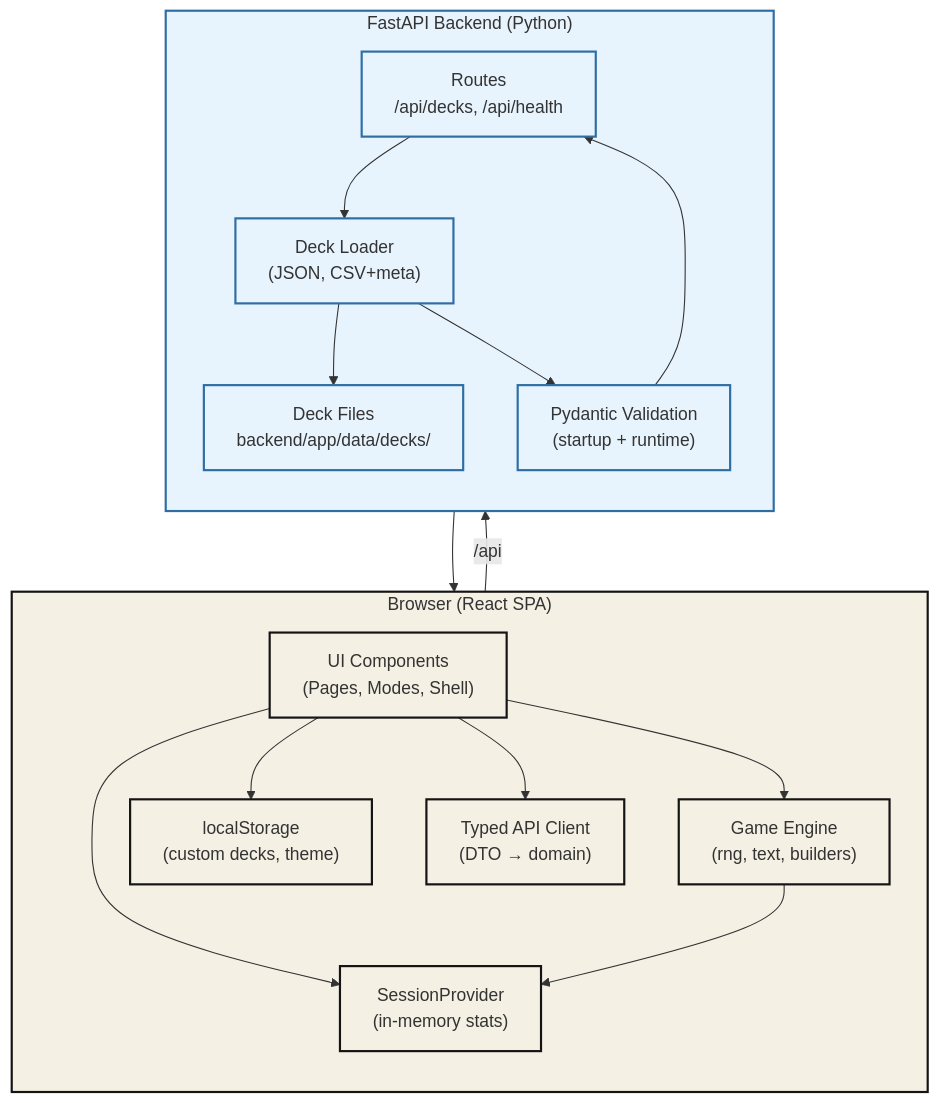
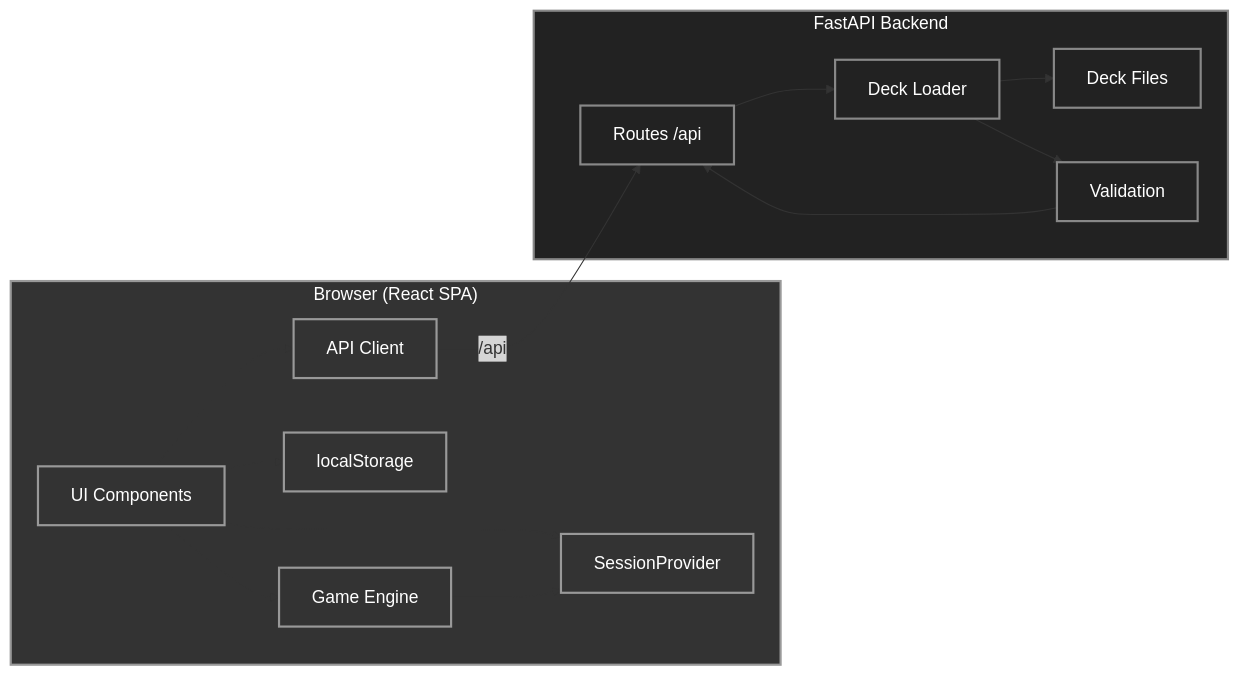
The first of 4 diagrams in README.md (PIYUSH-NEXTGEN/Vocab-Deck), drawn with Mermaid before and after one commit. The commit also changed other lines of this file, not shown here.

Commit message:
docs: shorten architecture diagrams, use dark theme colors

````diff
--- a/README.md
+++ b/README.md
@@ -66,36 +66,33 @@
 ```mermaid
-flowchart TB
+flowchart LR
     subgraph Browser["Browser (React SPA)"]
-        direction TB
-        UI["UI Components\n(Pages, Modes, Shell)"]
-        Engine["Game Engine\n(rng, text, builders)"]
-        Session["SessionProvider\n(in-memory stats)"]
-        Storage["localStorage\n(custom decks, theme)"]
-        APIClient["Typed API Client\n(DTO → domain)"]
+        UI["UI Components"]
+        Engine["Game Engine"]
+        Session["SessionProvider"]
+        Storage["localStorage"]
+        APIClient["API Client"]
     end
 
-    subgraph Backend["FastAPI Backend (Python)"]
-        direction TB
-        Routes["Routes\n/api/decks, /api/health"]
-        Loader["Deck Loader\n(JSON, CSV+meta)"]
-        Decks["Deck Files\nbackend/app/data/decks/"]
-        Validation["Pydantic Validation\n(startup + runtime)"]
+    subgraph Backend["FastAPI Backend"]
+        Routes["Routes /api"]
+        Loader["Deck Loader"]
+        Decks["Deck Files"]
+        Validation["Validation"]
     end
 
     UI --> Engine
     UI --> Session
     UI --> Storage
     UI --> APIClient
     Engine --> Session
     APIClient -->|/api| Routes
     Routes --> Loader
     Loader --> Decks
     Loader --> Validation
     Validation --> Routes
-    Routes --> APIClient
 
-    classDef browser fill:#f4f0e4,stroke:#141414,stroke-width:2px;
-    classDef backend fill:#e8f4fd,stroke:#2f6ea5,stroke-width:2px;
+    classDef browser fill:#333,stroke:#999,stroke-width:2px,color:#fff;
+    classDef backend fill:#222,stroke:#888,stroke-width:2px,color:#fff;
     class Browser,UI,Engine,Session,Storage,APIClient browser;
     class Backend,Routes,Loader,Decks,Validation backend;
 ```
````
